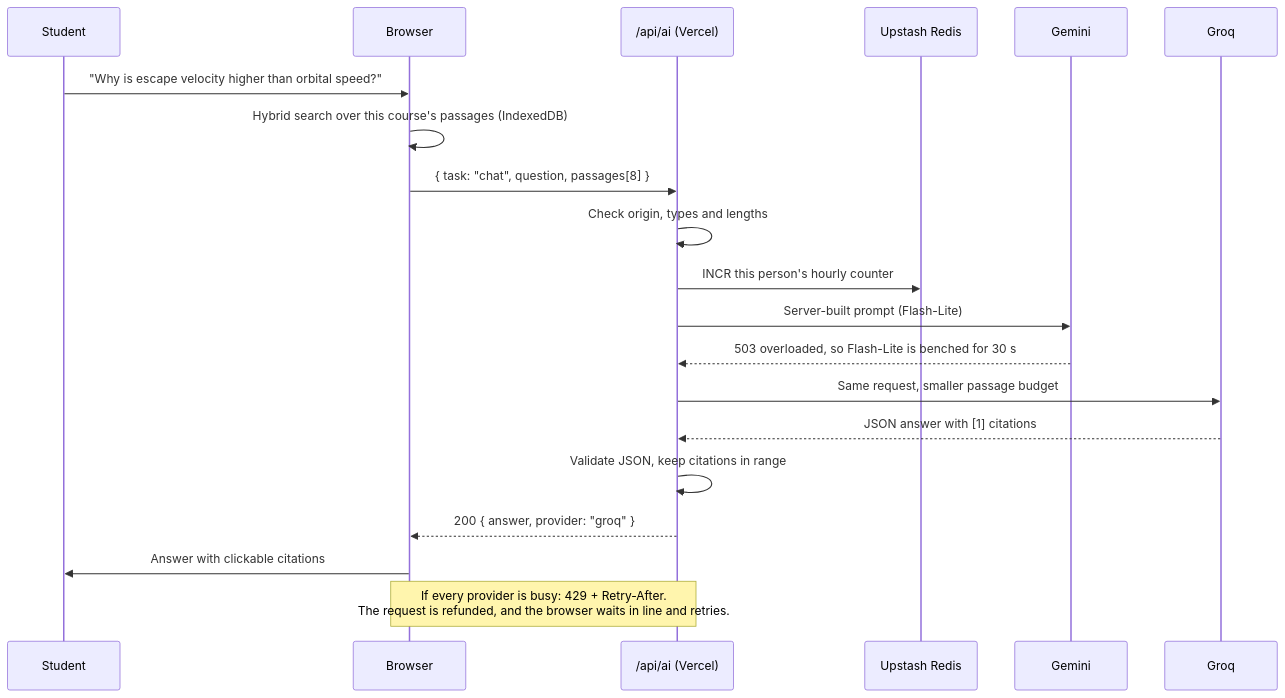
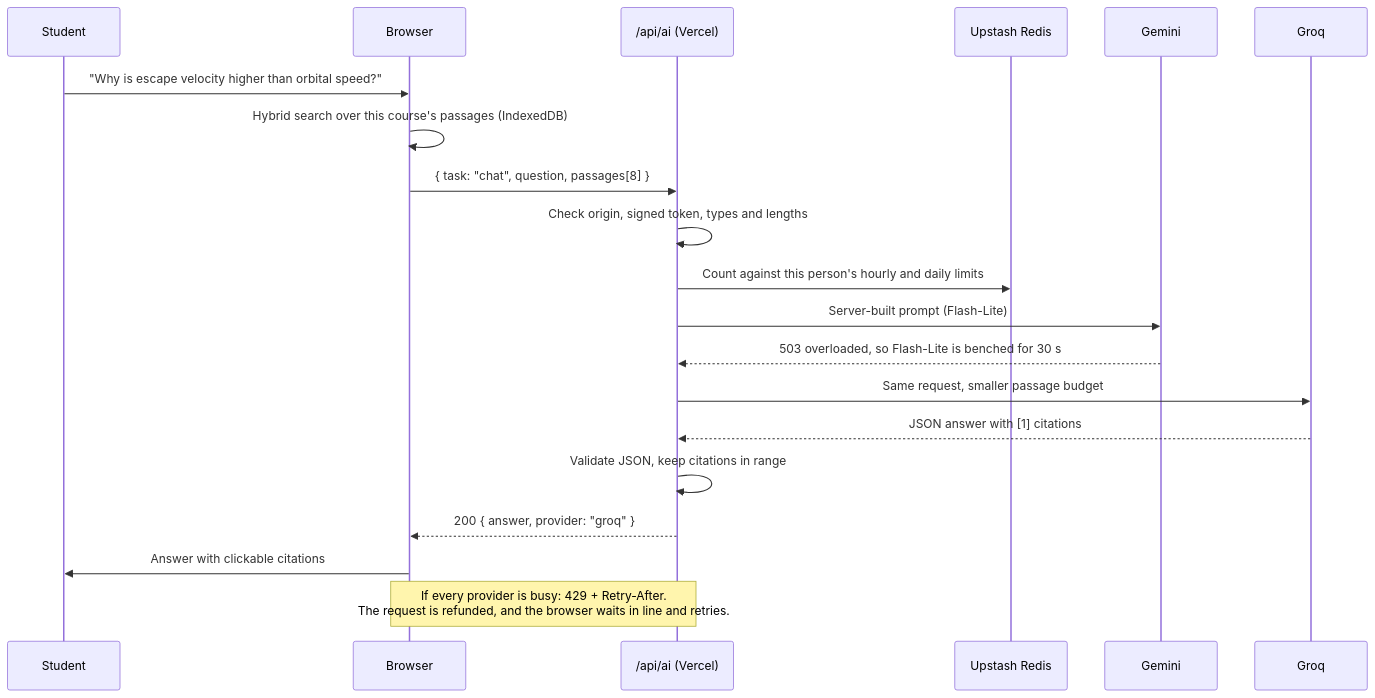
One commit to ayaanalv/vubicle changed the second of 2 diagrams in README.md. Above: the diagram before and after it, drawn with Mermaid. The commit also changed other lines of this file and 22 other files, not shown here.

````diff
--- a/README.md
+++ b/README.md
@@ -132,22 +133,22 @@
 ```mermaid
 sequenceDiagram
   participant S as Student
   participant B as Browser
   participant A as /api/ai (Vercel)
   participant R as Upstash Redis
   participant G as Gemini
   participant Q as Groq
   S->>B: "Why is escape velocity higher than orbital speed?"
   B->>B: Hybrid search over this course's passages (IndexedDB)
   B->>A: { task: "chat", question, passages[8] }
-  A->>A: Check origin, types and lengths
-  A->>R: INCR this person's hourly counter
+  A->>A: Check origin, signed token, types and lengths
+  A->>R: Count against this person's hourly and daily limits
   A->>G: Server-built prompt (Flash-Lite)
   G-->>A: 503 overloaded, so Flash-Lite is benched for 30 s
   A->>Q: Same request, smaller passage budget
   Q-->>A: JSON answer with [1] citations
   A->>A: Validate JSON, keep citations in range
   A-->>B: 200 { answer, provider: "groq" }
   B->>S: Answer with clickable citations
   Note over B,A: If every provider is busy: 429 + Retry-After.<br/>The request is refunded, and the browser waits in line and retries.
 ```
````
